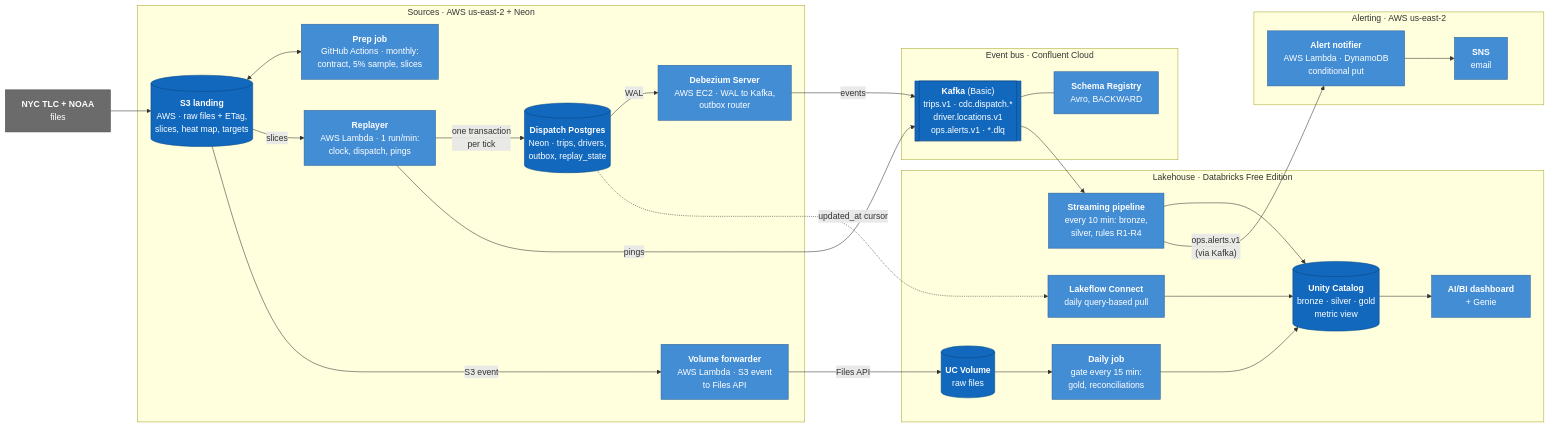
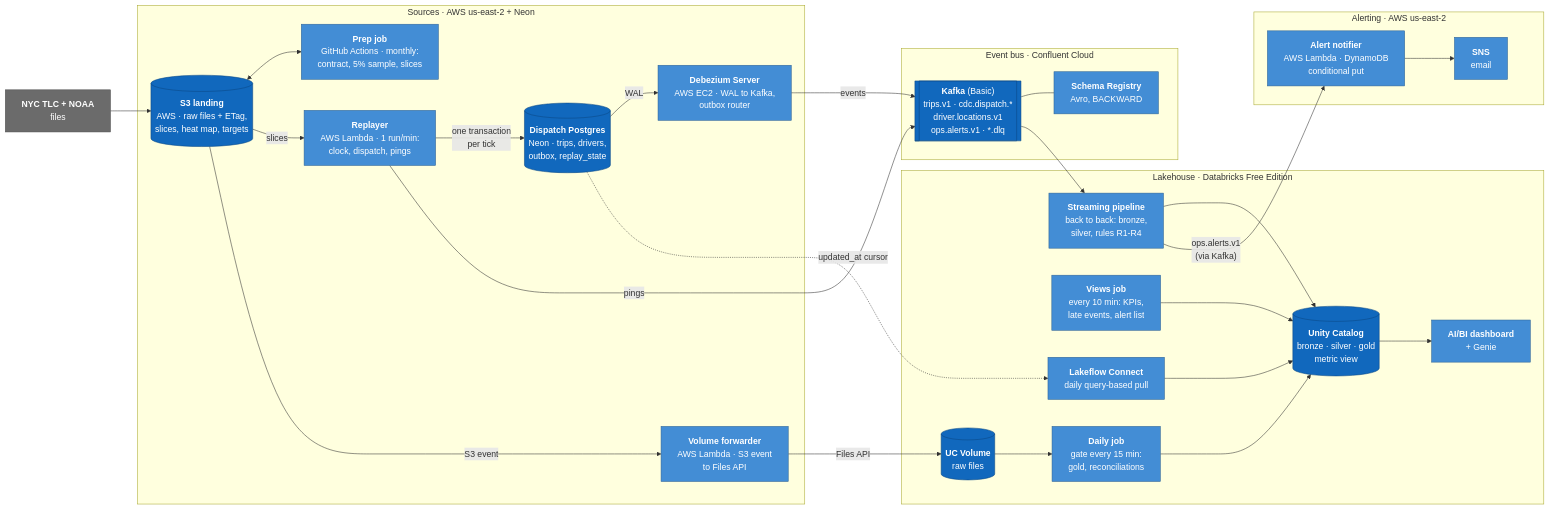
One commit to haotieu2001/ridepulse changed the second of 4 diagrams in docs/design/c4.md. Above: the diagram before and after it, drawn with Mermaid. The commit also changed other lines of this file and 12 other files, not shown here.

First line of the commit message:
Finish production.md: ADR-0006 to ADR-0015, measured scale and costs, a production C4 diagram (#40)

````diff
--- a/docs/design/c4.md
+++ b/docs/design/c4.md
@@ -46,57 +46,58 @@
 ```mermaid
 flowchart LR
     src["<b>NYC TLC + NOAA</b><br/>files"]
 
     subgraph sources["Sources · AWS us-east-2 + Neon"]
         s3[("<b>S3 landing</b><br/>AWS · raw files + ETag,<br/>slices, heat map, targets")]
         prep["<b>Prep job</b><br/>GitHub Actions · monthly:<br/>contract, 5% sample, slices"]
         rep["<b>Replayer</b><br/>AWS Lambda · 1 run/min:<br/>clock, dispatch, pings"]
         pg[("<b>Dispatch Postgres</b><br/>Neon · trips, drivers,<br/>outbox, replay_state")]
         dbz["<b>Debezium Server</b><br/>AWS EC2 · WAL to Kafka,<br/>outbox router"]
         fwd["<b>Volume forwarder</b><br/>AWS Lambda · S3 event<br/>to Files API"]
     end
 
     subgraph bus["Event bus · Confluent Cloud"]
         kafka[["<b>Kafka</b> (Basic)<br/>trips.v1 · cdc.dispatch.*<br/>driver.locations.v1<br/>ops.alerts.v1 · *.dlq"]]
         sr["<b>Schema Registry</b><br/>Avro, BACKWARD"]
     end
 
     subgraph lake["Lakehouse · Databricks Free Edition"]
-        stream["<b>Streaming pipeline</b><br/>every 10 min: bronze,<br/>silver, rules R1-R4"]
+        stream["<b>Streaming pipeline</b><br/>back to back: bronze,<br/>silver, rules R1-R4"]
+        views["<b>Views job</b><br/>every 10 min: KPIs,<br/>late events, alert list"]
         lfc["<b>Lakeflow Connect</b><br/>daily query-based pull"]
         vol[("<b>UC Volume</b><br/>raw files")]
         daily["<b>Daily job</b><br/>gate every 15 min:<br/>gold, reconciliations"]
         uc[("<b>Unity Catalog</b><br/>bronze · silver · gold<br/>metric view")]
         bi["<b>AI/BI dashboard</b><br/>+ Genie"]
     end
 
     subgraph alerting["Alerting · AWS us-east-2"]
         notif["<b>Alert notifier</b><br/>AWS Lambda · DynamoDB<br/>conditional put"]
         sns["<b>SNS</b><br/>email"]
     end
 
     src --> s3
     s3 <--> prep
     s3 -- "slices" --> rep
     rep -- "one transaction<br/>per tick" --> pg
     pg -- "WAL" --> dbz
     s3 -- "S3 event" --> fwd
     rep -- "pings" --> kafka
     dbz -- "events" --> kafka
     kafka --- sr
     kafka --> stream
     pg -. "updated_at cursor" .-> lfc
     fwd -- "Files API" --> vol
     vol --> daily
-    stream & lfc & daily --> uc
+    stream & lfc & daily & views --> uc
     uc --> bi
     stream -- "ops.alerts.v1<br/>(via Kafka)" --> notif
     notif --> sns
 
     classDef store fill:#1168bd,stroke:#0b4884,color:#fff
     classDef box fill:#438dd5,stroke:#2e6295,color:#fff
     classDef ext fill:#6b6b6b,stroke:#4d4d4d,color:#fff
     class s3,pg,kafka,vol,uc store
-    class prep,rep,fwd,dbz,notif,sns,sr,stream,lfc,daily,bi box
+    class prep,rep,fwd,dbz,notif,sns,sr,stream,views,lfc,daily,bi box
     class src ext
 ```
````
